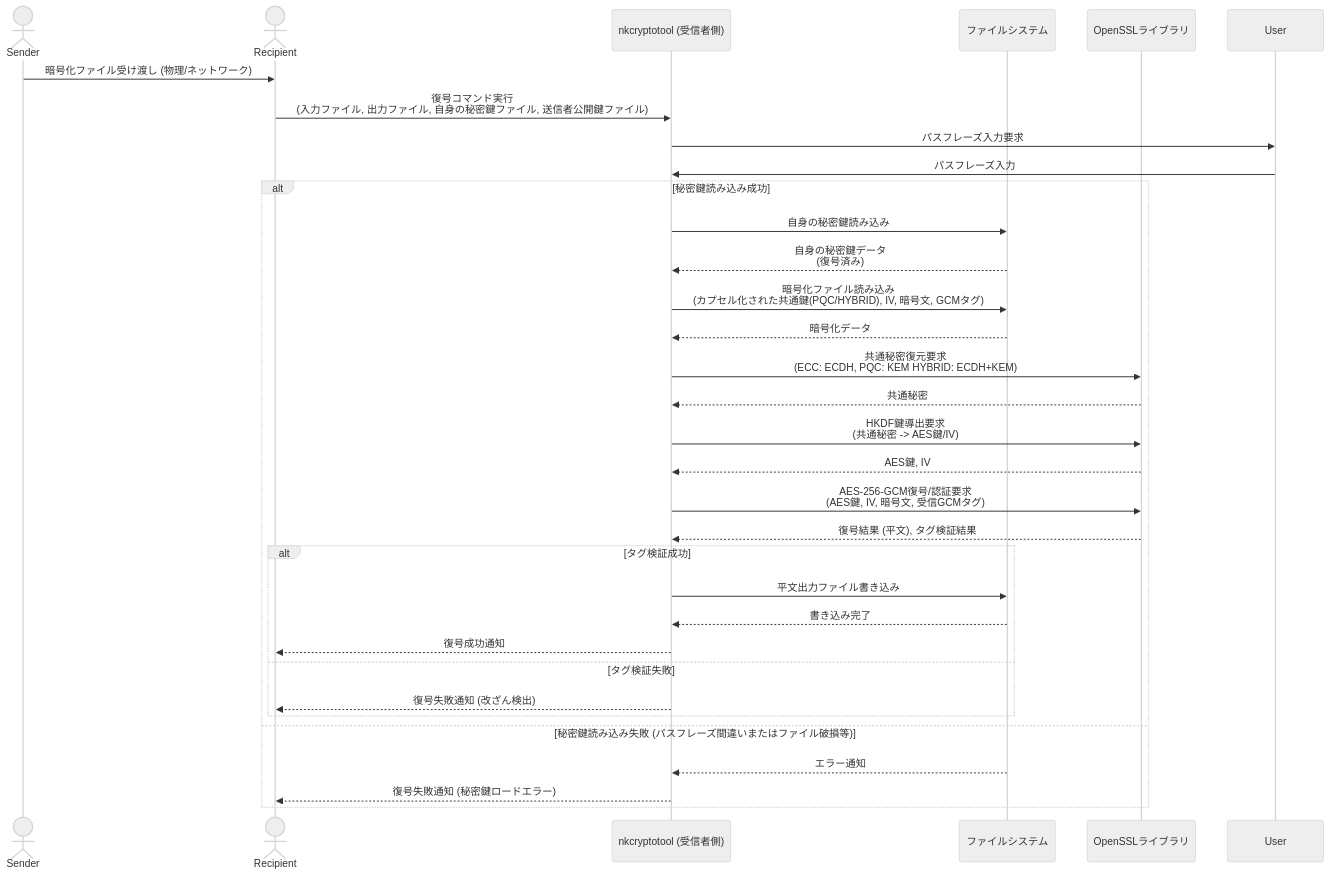
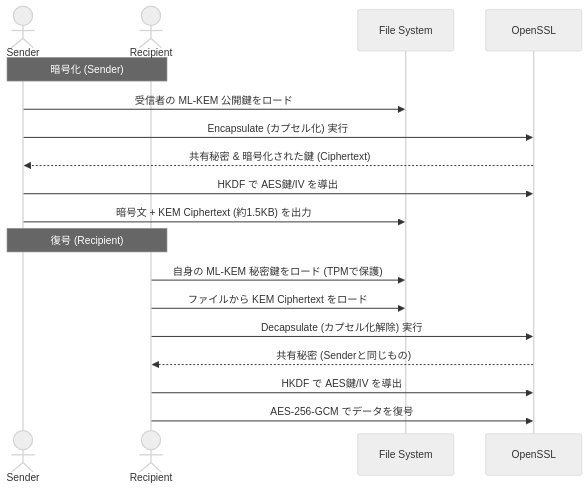
One commit to nkoriyama/nkCryptoTool changed the fifth of 8 diagrams in README.md. Above: the diagram before and after it, drawn with Mermaid (neutral theme). The commit also changed other lines of this file, not shown here.

First line of the commit message:
docs: split sequence diagrams into ECC, PQC, and Hybrid models

````diff
--- a/README.md
+++ b/README.md
@@ -248,35 +266,22 @@
 ```mermaid
 sequenceDiagram
     actor Sender
     actor Recipient
-    participant Recipient_nkcryptotool as nkcryptotool (受信者側)
-    participant FileSystem as ファイルシステム
-    participant OpenSSL as OpenSSLライブラリ
+    participant FS as File System
+    participant OS as OpenSSL
 
-    Sender->>Recipient: 暗号化ファイル受け渡し (物理/ネットワーク)
-    Recipient->>Recipient_nkcryptotool: 復号コマンド実行<br>(入力ファイル, 出力ファイル, 自身の秘密鍵ファイル, 送信者公開鍵ファイル)
-    Recipient_nkcryptotool->>User: パスフレーズ入力要求
-    User->>Recipient_nkcryptotool: パスフレーズ入力
-    alt 秘密鍵読み込み成功
-        Recipient_nkcryptotool->>FileSystem: 自身の秘密鍵読み込み
-        FileSystem-->>Recipient_nkcryptotool: 自身の秘密鍵データ<br>(復号済み)
-        Recipient_nkcryptotool->>FileSystem: 暗号化ファイル読み込み<br>(カプセル化された共通鍵(PQC/HYBRID), IV, 暗号文, GCMタグ)
-        FileSystem-->>Recipient_nkcryptotool: 暗号化データ
-        Recipient_nkcryptotool->>OpenSSL: 共通秘密復元要求<br>(ECC: ECDH, PQC: KEM HYBRID: ECDH+KEM)
-        OpenSSL-->>Recipient_nkcryptotool: 共通秘密
-        Recipient_nkcryptotool->>OpenSSL: HKDF鍵導出要求<br>(共通秘密 -> AES鍵/IV)
-        OpenSSL-->>Recipient_nkcryptotool: AES鍵, IV
-        Recipient_nkcryptotool->>OpenSSL: AES-256-GCM復号/認証要求<br>(AES鍵, IV, 暗号文, 受信GCMタグ)
-        OpenSSL-->>Recipient_nkcryptotool: 復号結果 (平文), タグ検証結果
-        alt タグ検証成功
-            Recipient_nkcryptotool->>FileSystem: 平文出力ファイル書き込み
-            FileSystem-->>Recipient_nkcryptotool: 書き込み完了
-            Recipient_nkcryptotool-->>Recipient: 復号成功通知
-        else タグ検証失敗
-            Recipient_nkcryptotool-->>Recipient: 復号失敗通知 (改ざん検出)
-        end
-    else 秘密鍵読み込み失敗 (パスフレーズ間違いまたはファイル破損等)
-        FileSystem-->>Recipient_nkcryptotool: エラー通知
-        Recipient_nkcryptotool-->>Recipient: 復号失敗通知 (秘密鍵ロードエラー)
-    end
+    Note over Sender, Recipient: 暗号化 (Sender)
+    Sender->>FS: 受信者の ML-KEM 公開鍵をロード
+    Sender->>OS: Encapsulate (カプセル化) 実行
+    OS-->>Sender: 共有秘密 & 暗号化された鍵 (Ciphertext)
+    Sender->>OS: HKDF で AES鍵/IV を導出
+    Sender->>FS: 暗号文 + KEM Ciphertext (約1.5KB) を出力
+
+    Note over Sender, Recipient: 復号 (Recipient)
+    Recipient->>FS: 自身の ML-KEM 秘密鍵をロード (TPMで保護)
+    Recipient->>FS: ファイルから KEM Ciphertext をロード
+    Recipient->>OS: Decapsulate (カプセル化解除) 実行
+    OS-->>Recipient: 共有秘密 (Senderと同じもの)
+    Recipient->>OS: HKDF で AES鍵/IV を導出
+    Recipient->>OS: AES-256-GCM でデータを復号
 ```
````
